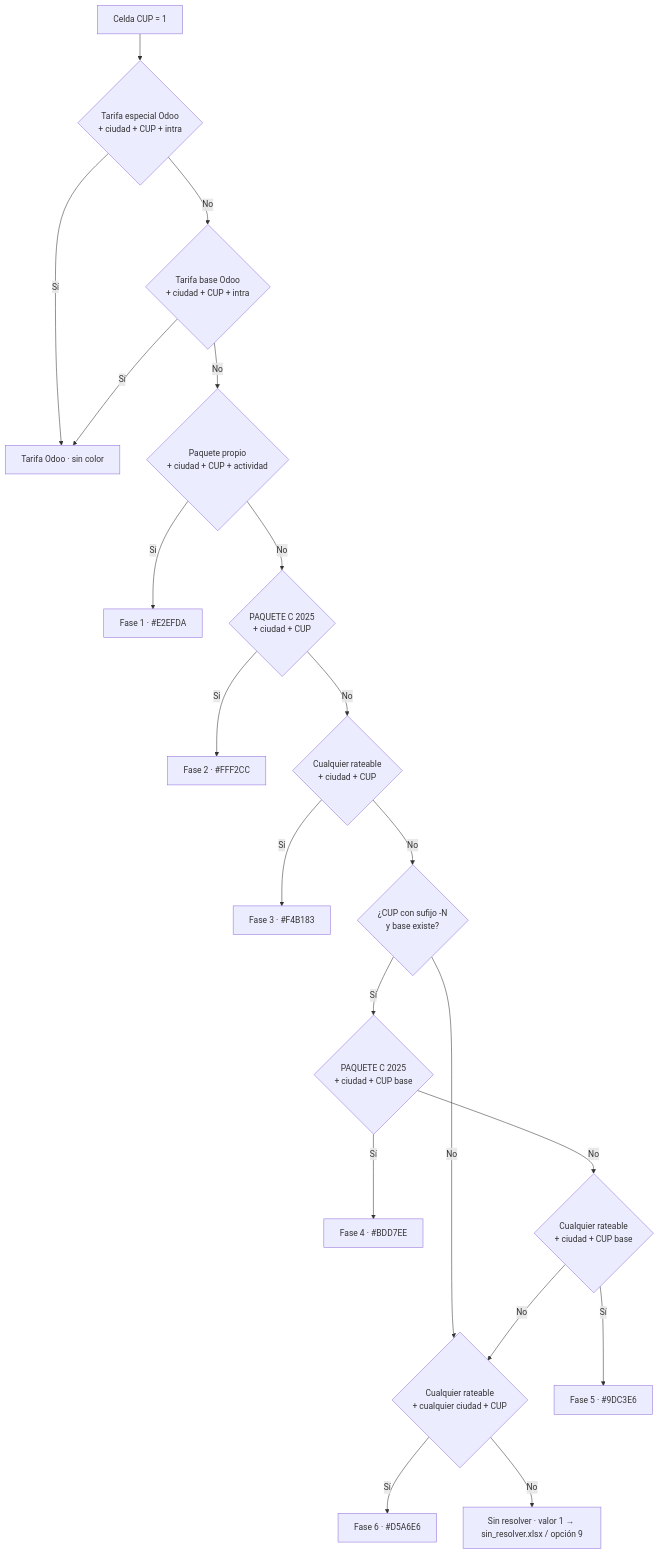
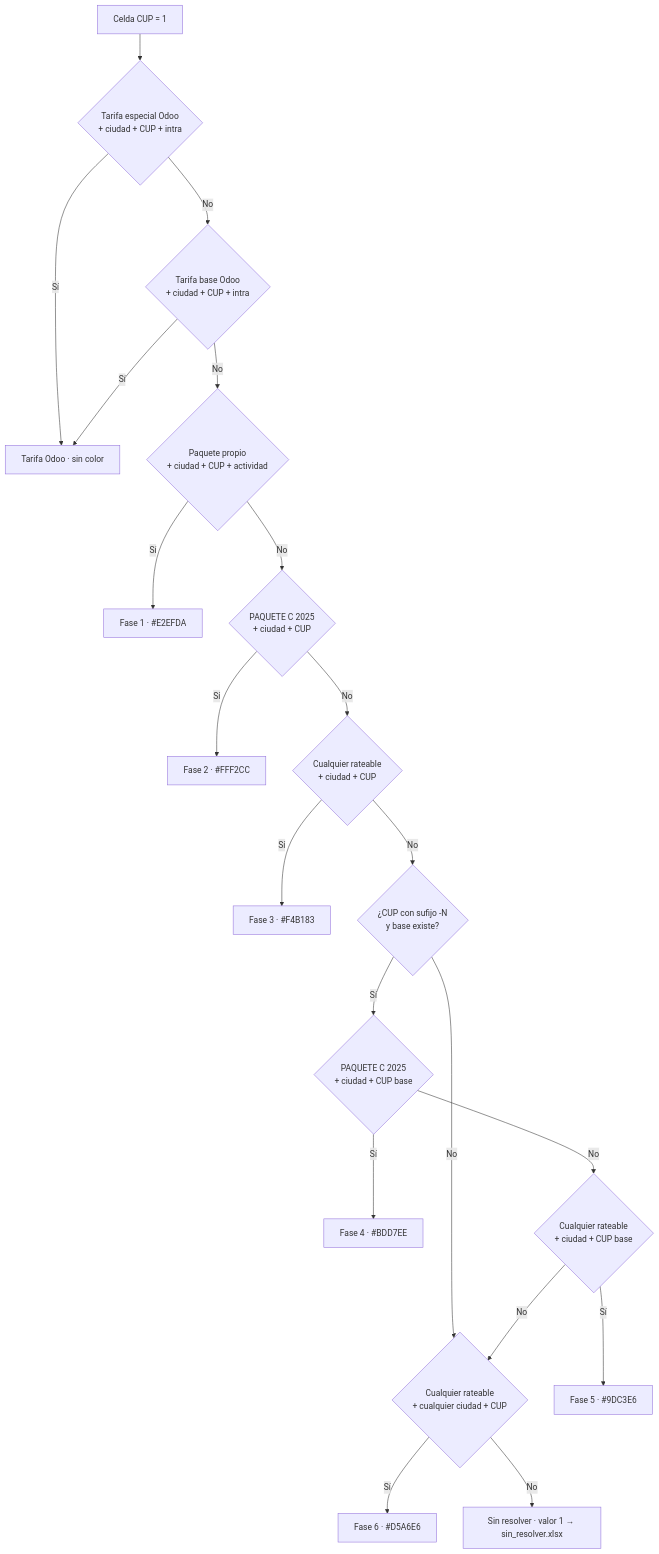
The ninth of 12 diagrams in docs/c4-diagrams.md (santo2409/Facturacion), drawn with Mermaid before and after one commit. The commit also changed other lines of this file and 70 other files, not shown here.

````diff
--- a/docs/c4-diagrams.md
+++ b/docs/c4-diagrams.md
@@ -429,22 +424,22 @@
 ```mermaid
 flowchart TD
     S[Celda CUP = 1] --> OE{Tarifa especial Odoo<br/>+ ciudad + CUP + intra}
     OE -->|Sí| CO[Tarifa Odoo · sin color]
     OE -->|No| OB{Tarifa base Odoo<br/>+ ciudad + CUP + intra}
     OB -->|Sí| CO
     OB -->|No| P1{Paquete propio<br/>+ ciudad + CUP + actividad}
     P1 -->|Sí| C1[Fase 1 · #E2EFDA]
     P1 -->|No| P2{PAQUETE C 2025<br/>+ ciudad + CUP}
     P2 -->|Sí| C2[Fase 2 · #FFF2CC]
     P2 -->|No| P3{Cualquier rateable<br/>+ ciudad + CUP}
     P3 -->|Sí| C3[Fase 3 · #F4B183]
     P3 -->|No| H{¿CUP con sufijo -N<br/>y base existe?}
     H -->|No| P6
     H -->|Sí| P4{PAQUETE C 2025<br/>+ ciudad + CUP base}
     P4 -->|Sí| C4[Fase 4 · #BDD7EE]
     P4 -->|No| P5{Cualquier rateable<br/>+ ciudad + CUP base}
     P5 -->|Sí| C5[Fase 5 · #9DC3E6]
     P5 -->|No| P6{Cualquier rateable<br/>+ cualquier ciudad + CUP}
     P6 -->|Sí| C6[Fase 6 · #D5A6E6]
-    P6 -->|No| X["Sin resolver · valor 1 → sin_resolver.xlsx / opción 9"]
+    P6 -->|No| X["Sin resolver · valor 1 → sin_resolver.xlsx"]
 ```
````
